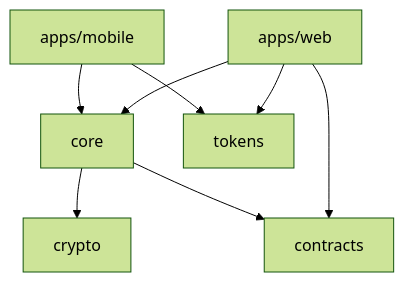
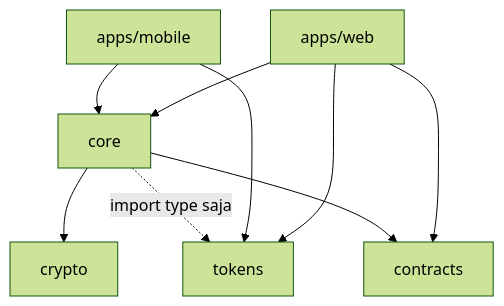
Before and after one commit to rijalsolahudin/improve-personal-web: the second of 5 diagrams in ARCHITECTURE.md, drawn with Mermaid (forest theme). The commit also changed other lines of this file and 219 other files, not shown here.

First line of the commit message:
refactor(core): angkat logika planner web ke core + ikon ke tokens (#181 F1a-F1d)

````diff
--- a/ARCHITECTURE.md
+++ b/ARCHITECTURE.md
@@ -115,10 +115,11 @@
 ```mermaid
 flowchart TD
   web[apps/web] --> core
   mobile[apps/mobile] --> core
   web --> tokens
   mobile --> tokens
   web --> contracts
   core --> crypto
   core --> contracts
+  core -.->|import type saja| tokens
 ```
````
